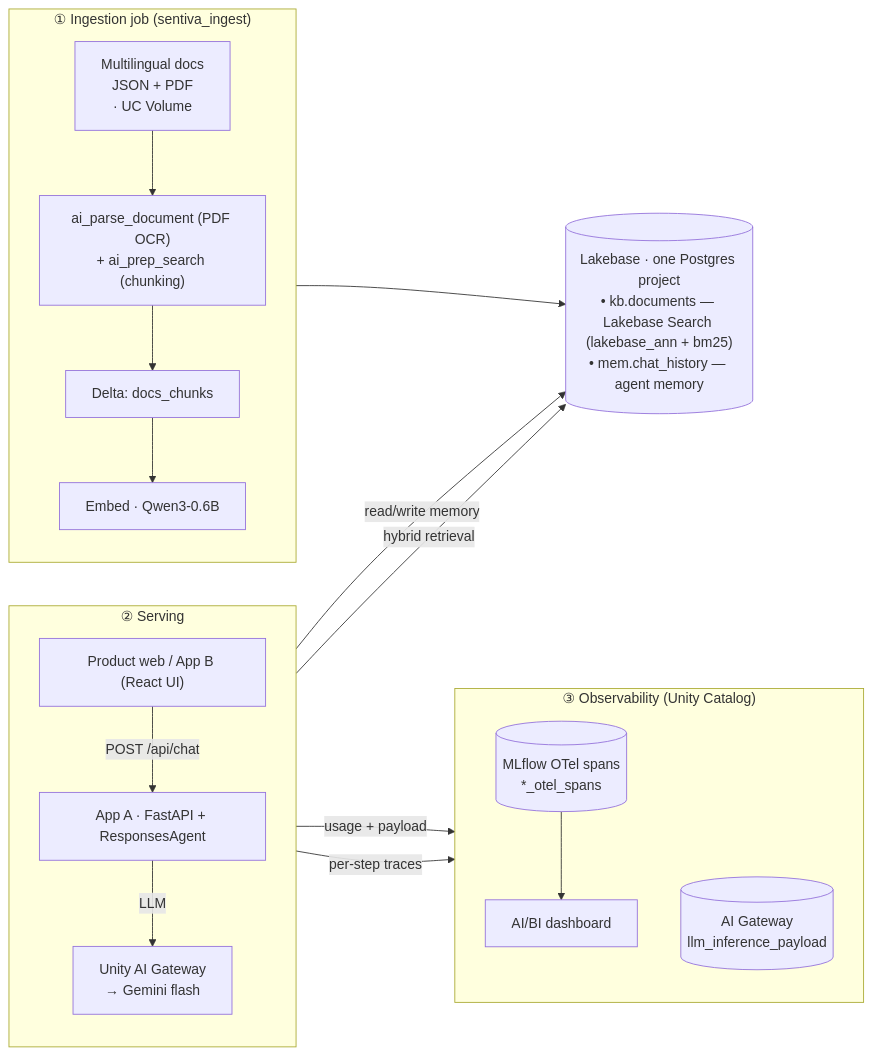
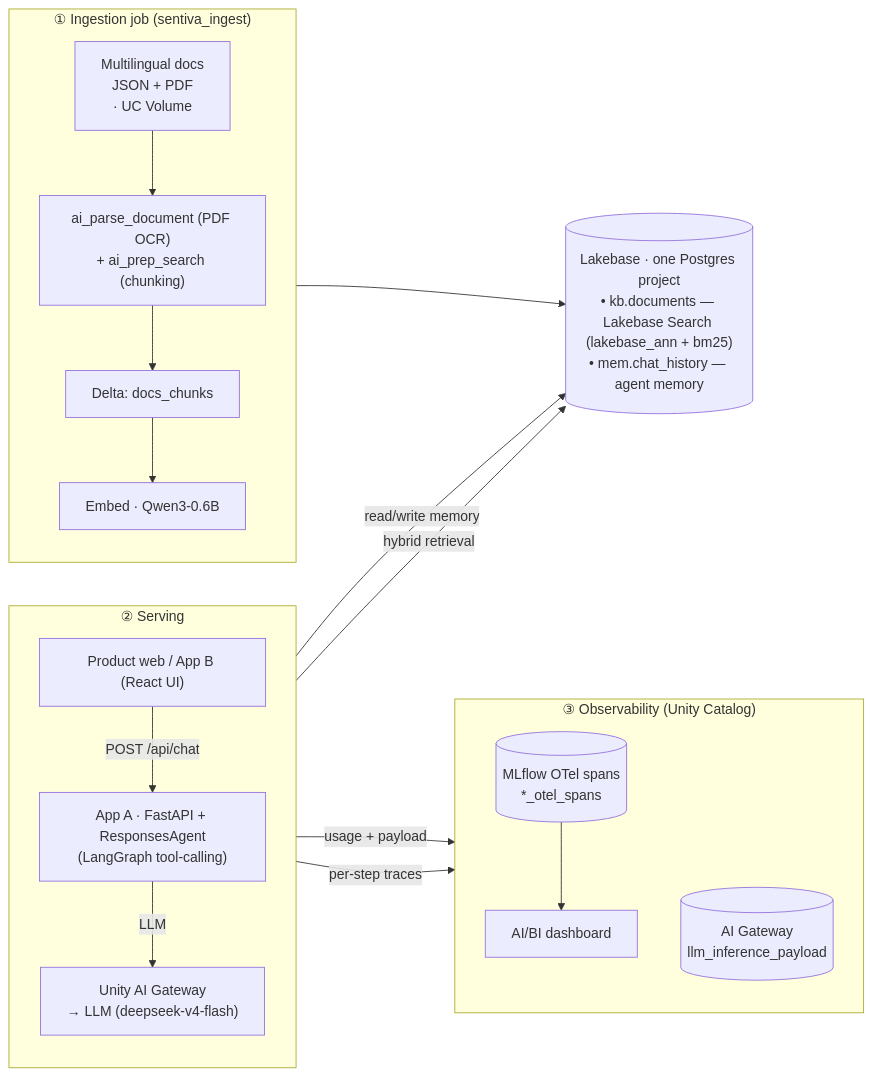
The diagram in README.md (eric80116/databricks-lakebase-rag-agent-demo), drawn with Mermaid before and after one commit. The commit also changed other lines of this file and 11 other files, not shown here.

````diff
--- a/README.md
+++ b/README.md
@@ -16,37 +16,37 @@
 ```mermaid
 flowchart LR
   subgraph Ingest["① Ingestion job (sentiva_ingest)"]
     direction TB
     docs["Multilingual docs<br/>JSON + PDF<br/>· UC Volume"]
     parse["ai_parse_document (PDF OCR)<br/>+ ai_prep_search (chunking)"]
     delta["Delta: docs_chunks"]
     embed["Embed · Qwen3-0.6B"]
     docs --> parse --> delta --> embed
   end
 
   lakebase[("Lakebase · one Postgres project<br/>• kb.documents — Lakebase Search (lakebase_ann + bm25)<br/>• mem.chat_history — agent memory")]
   embed --> lakebase
 
   subgraph Serve["② Serving"]
     direction TB
     web["Product web / App B (React UI)"]
-    appA["App A · FastAPI + ResponsesAgent"]
-    gw["Unity AI Gateway<br/>→ Gemini flash"]
+    appA["App A · FastAPI + ResponsesAgent<br/>(LangGraph tool-calling)"]
+    gw["Unity AI Gateway<br/>→ LLM (deepseek-v4-flash)"]
     web -->|POST /api/chat| appA
     appA -->|LLM| gw
   end
 
   appA -->|hybrid retrieval| lakebase
   appA -->|read/write memory| lakebase
 
   subgraph Obs["③ Observability (Unity Catalog)"]
     direction TB
     otel[("MLflow OTel spans<br/>*_otel_spans")]
     inf[("AI Gateway<br/>llm_inference_payload")]
     dash["AI/BI dashboard"]
     otel --> dash
   end
 
   appA -->|per-step traces| otel
   gw -->|usage + payload| inf
 ```
````
